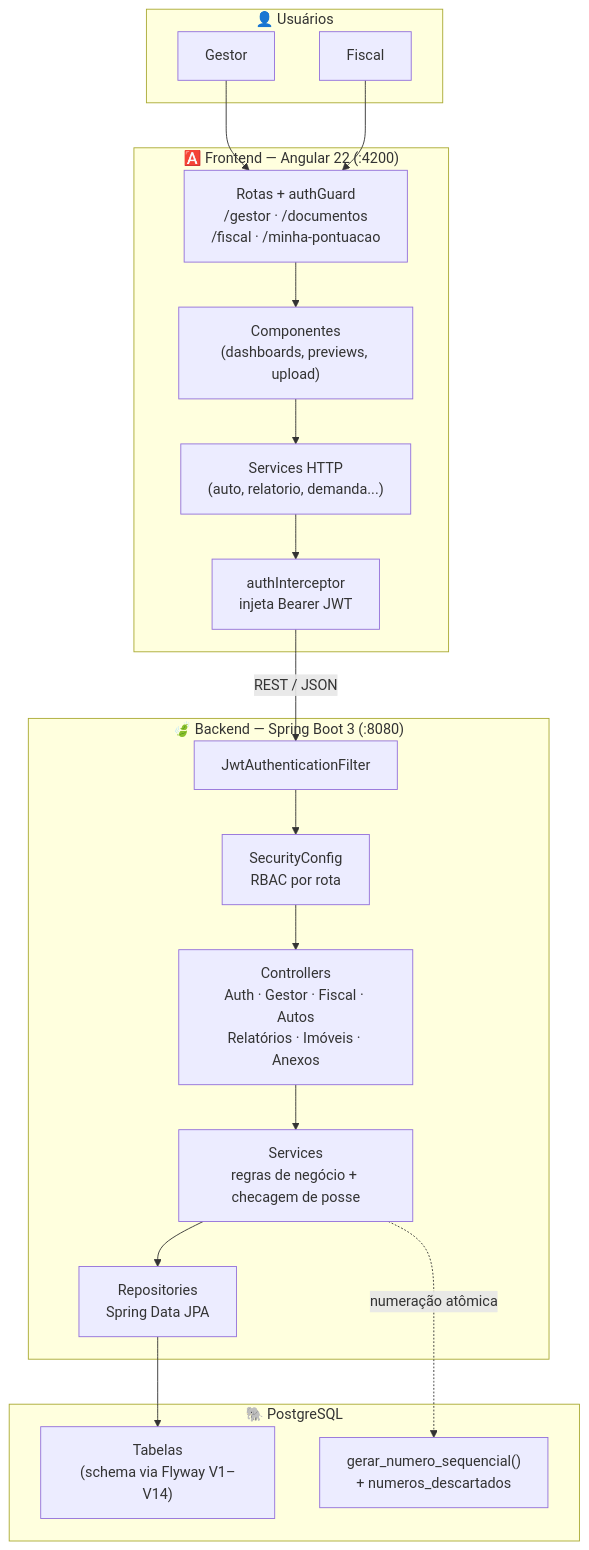
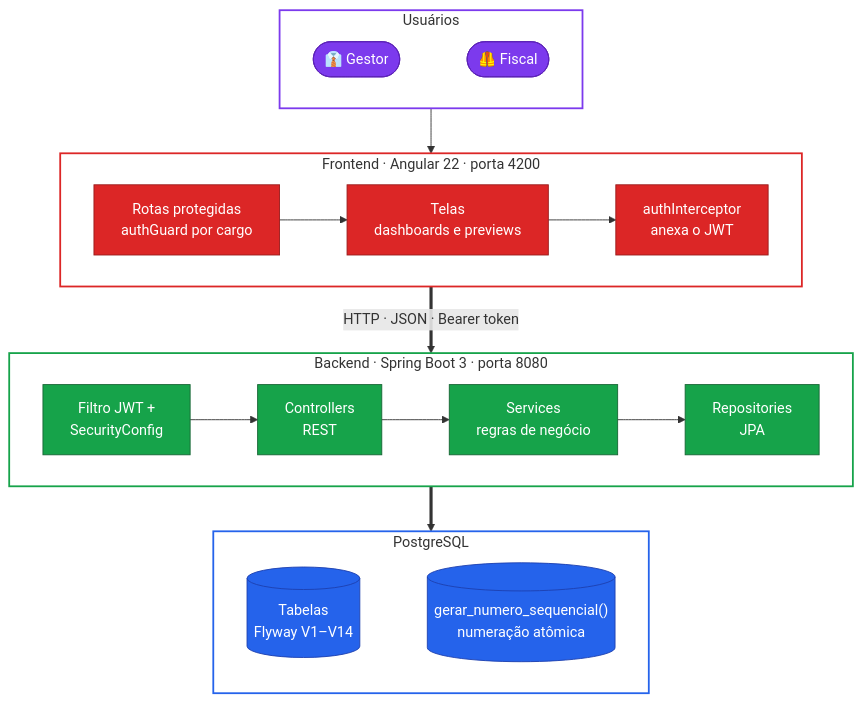
Before and after one commit to Lulu-blue/M-dulo-de-Fiscaliza-o-Ambiental: the first of 6 diagrams in README.md, drawn with Mermaid. The commit also changed other lines of this file, not shown here.

````diff
--- a/README.md
+++ b/README.md
@@ -27,35 +27,43 @@
 ```mermaid
 flowchart TB
-    subgraph U["👤 Usuários"]
-        G["Gestor"]
-        F["Fiscal"]
+    subgraph U["Usuários"]
+        direction LR
+        G(["👔 Gestor"])
+        F(["🦺 Fiscal"])
+        G ~~~ F
     end
 
-    subgraph FE["🅰️ Frontend — Angular 22 (:4200)"]
-        R["Rotas + authGuard<br/>/gestor · /documentos<br/>/fiscal · /minha-pontuacao"]
-        C["Componentes<br/>(dashboards, previews, upload)"]
-        S["Services HTTP<br/>(auto, relatorio, demanda...)"]
-        I["authInterceptor<br/>injeta Bearer JWT"]
-        R --> C --> S --> I
+    subgraph FE["Frontend · Angular 22 · porta 4200"]
+        direction LR
+        R["Rotas protegidas<br/>authGuard por cargo"] --> C["Telas<br/>dashboards e previews"] --> I["authInterceptor<br/>anexa o JWT"]
     end
 
-    subgraph BE["🍃 Backend — Spring Boot 3 (:8080)"]
-        J["JwtAuthenticationFilter"]
-        SC["SecurityConfig<br/>RBAC por rota"]
-        CT["Controllers<br/>Auth · Gestor · Fiscal · Autos<br/>Relatórios · Imóveis · Anexos"]
-        SV["Services<br/>regras de negócio + checagem de posse"]
-        RP["Repositories<br/>Spring Data JPA"]
-        J --> SC --> CT --> SV --> RP
+    subgraph BE["Backend · Spring Boot 3 · porta 8080"]
+        direction LR
+        J["Filtro JWT +<br/>SecurityConfig"] --> CT["Controllers<br/>REST"] --> SV["Services<br/>regras de negócio"] --> RP["Repositories<br/>JPA"]
     end
 
-    subgraph DB["🐘 PostgreSQL"]
-        T["Tabelas<br/>(schema via Flyway V1–V14)"]
-        FN["gerar_numero_sequencial()<br/>+ numeros_descartados"]
+    subgraph DB["PostgreSQL"]
+        direction LR
+        T[("Tabelas<br/>Flyway V1–V14")]
+        FN[("gerar_numero_sequencial()<br/>numeração atômica")]
+        T ~~~ FN
     end
 
-    G --> R
-    F --> R
-    I -- "REST / JSON" --> J
-    RP --> T
-    SV -. "numeração atômica" .-> FN
+    U --> FE
+    FE == "HTTP · JSON · Bearer token" ==> BE
+    BE ==> DB
+
+    classDef user fill:#7c3aed,stroke:#5b21b6,color:#fff
+    classDef front fill:#dc2626,stroke:#991b1b,color:#fff
+    classDef back fill:#16a34a,stroke:#166534,color:#fff
+    classDef db fill:#2563eb,stroke:#1e40af,color:#fff
+    class G,F user
+    class R,C,I front
+    class J,CT,SV,RP back
+    class T,FN db
+    style U fill:transparent,stroke:#7c3aed,stroke-width:2px
+    style FE fill:transparent,stroke:#dc2626,stroke-width:2px
+    style BE fill:transparent,stroke:#16a34a,stroke-width:2px
+    style DB fill:transparent,stroke:#2563eb,stroke-width:2px
 ```
````
